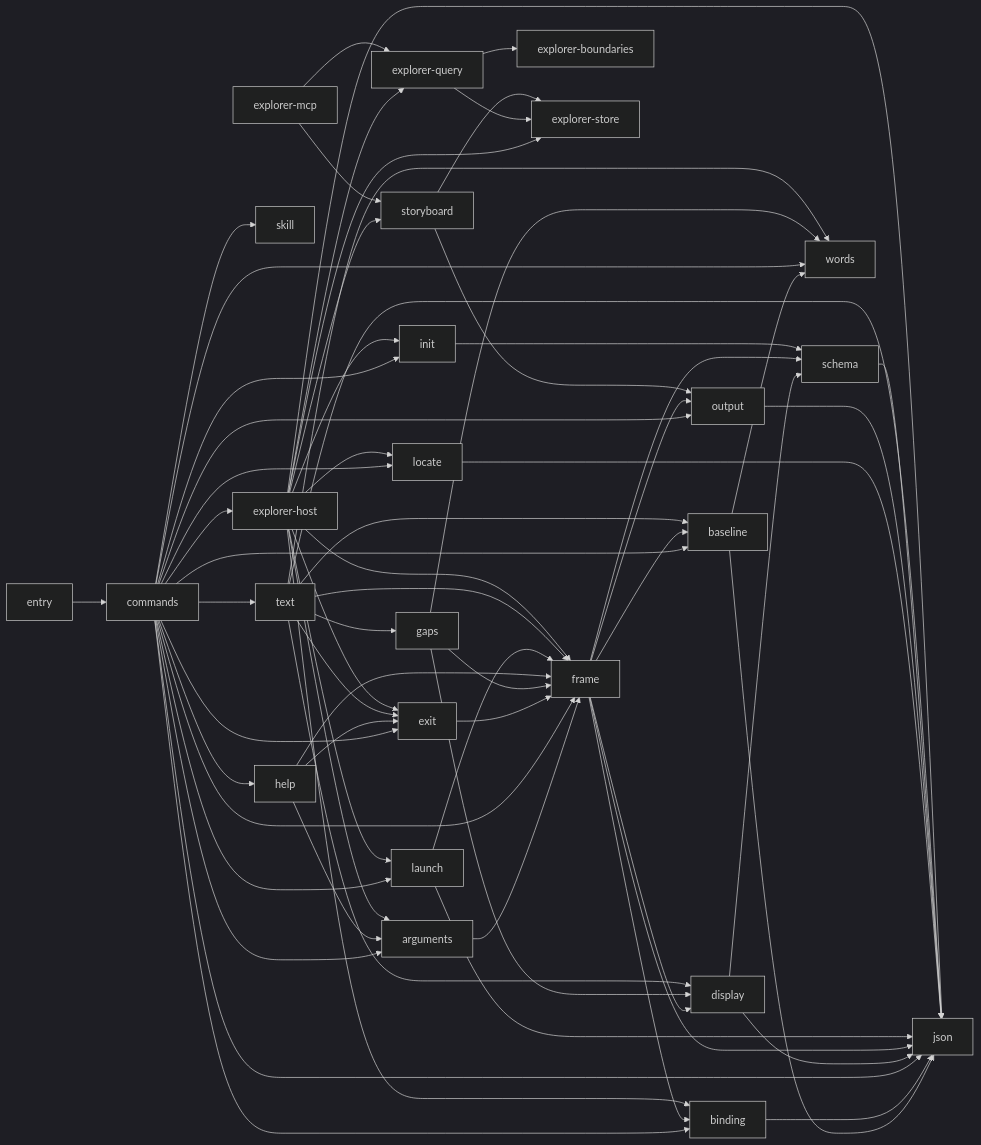
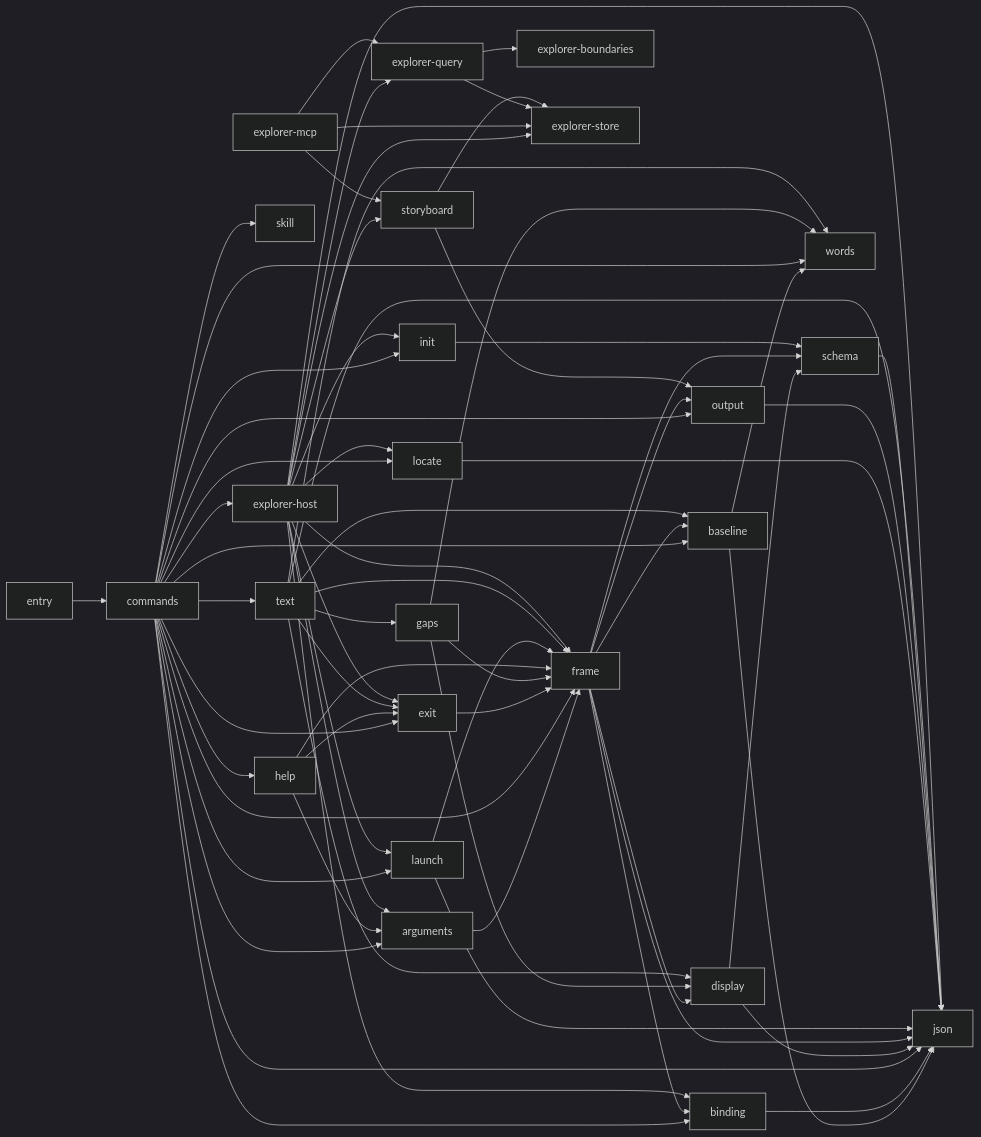
Before and after one commit to rapiddweller/archkeel: the diagram in docs/architecture/shell.md, drawn with Mermaid (dark theme). The commit also changed 8 other files, not shown here.

```diff
--- a/docs/architecture/shell.md
+++ b/docs/architecture/shell.md
@@ -138,6 +138,7 @@
     n_20 --> n_22
     n_20 --> n_23
     n_21 --> n_22
+    n_21 --> n_23
     n_22 --> n_19
     n_22 --> n_23
     n_20 --> n_24
```
